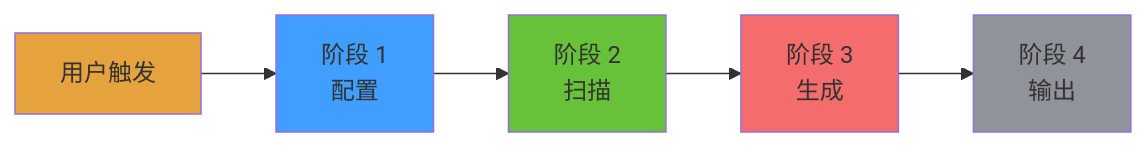
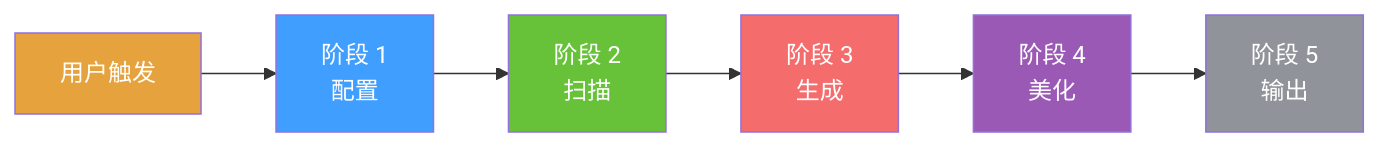
The first of 7 diagrams in README-zh.md (KieranGao/general-readme-skill), drawn with Mermaid before and after one commit. The commit also changed other lines of this file and 5 other files, not shown here.

````diff
--- a/README-zh.md
+++ b/README-zh.md
@@ -38,12 +38,14 @@
 ```mermaid
 graph LR
     A[用户触发] --> B[阶段 1<br/>配置]
     B --> C[阶段 2<br/>扫描]
     C --> D[阶段 3<br/>生成]
-    D --> E[阶段 4<br/>输出]
-    style A fill:#E6A23C
-    style B fill:#409EFF
-    style C fill:#67C23A
-    style D fill:#F56C6C
-    style E fill:#909399
+    D --> E[阶段 4<br/>美化]
+    E --> F[阶段 5<br/>输出]
+    style A fill:#E6A23C,color:#fff
+    style B fill:#409EFF,color:#fff
+    style C fill:#67C23A,color:#fff
+    style D fill:#F56C6C,color:#fff
+    style E fill:#9B59B6,color:#fff
+    style F fill:#909399,color:#fff
 ```
````
